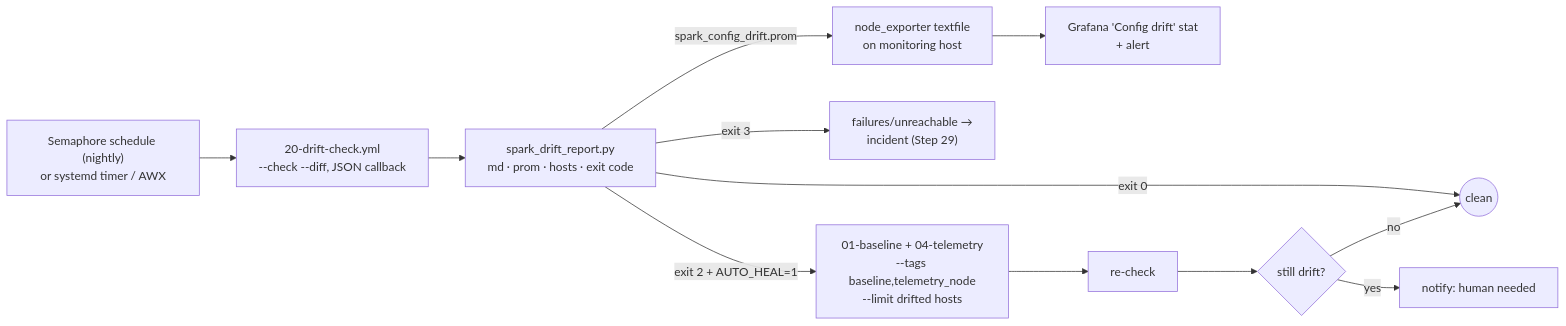
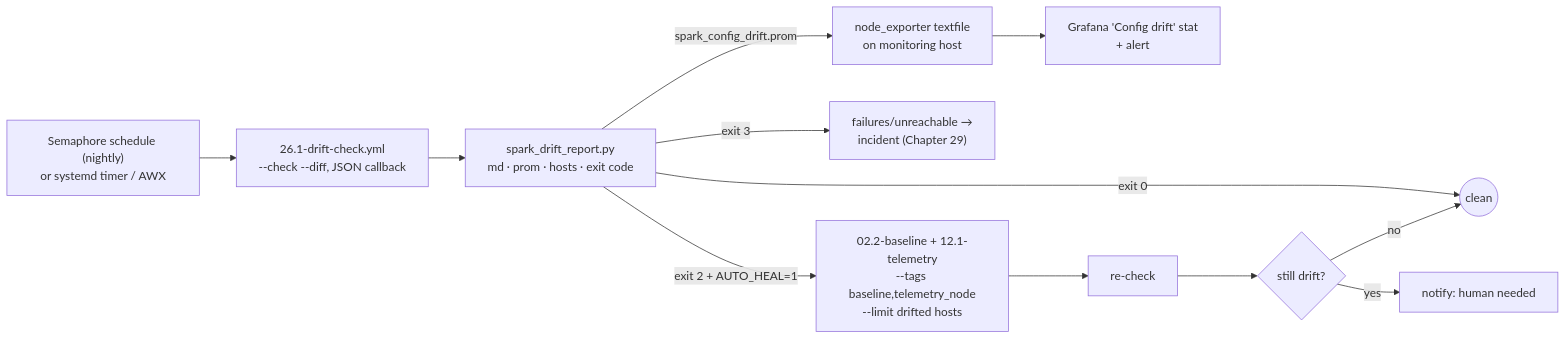
The diagram in 01-Ansible/26-drift-detection-and-self-healing.md (cloudone365/technical-depth), drawn with Mermaid before and after one commit. The commit also changed other lines of this file and 242 other files, not shown here.

````diff
--- a/01-Ansible/26-drift-detection-and-self-healing.md
+++ b/01-Ansible/26-drift-detection-and-self-healing.md
@@ -27,12 +27,12 @@
 ```mermaid
 flowchart LR
-  T["Semaphore schedule (nightly)<br/>or systemd timer / AWX"] --> C["20-drift-check.yml<br/>--check --diff, JSON callback"]
+  T["Semaphore schedule (nightly)<br/>or systemd timer / AWX"] --> C["26.1-drift-check.yml<br/>--check --diff, JSON callback"]
   C --> R["spark_drift_report.py<br/>md · prom · hosts · exit code"]
   R -->|"spark_config_drift.prom"| NE["node_exporter textfile<br/>on monitoring host"] --> G["Grafana 'Config drift' stat<br/>+ alert"]
   R -->|exit 0| OK((clean))
-  R -->|exit 3| INC["failures/unreachable →<br/>incident (Step 29)"]
-  R -->|"exit 2 + AUTO_HEAL=1"| H["01-baseline + 04-telemetry<br/>--tags baseline,telemetry_node<br/>--limit drifted hosts"]
+  R -->|exit 3| INC["failures/unreachable →<br/>incident (Chapter 29)"]
+  R -->|"exit 2 + AUTO_HEAL=1"| H["02.2-baseline + 12.1-telemetry<br/>--tags baseline,telemetry_node<br/>--limit drifted hosts"]
   H --> C2["re-check"] --> R2{"still drift?"}
   R2 -->|yes| TKT["notify: human needed"]
   R2 -->|no| OK
 ```
````
